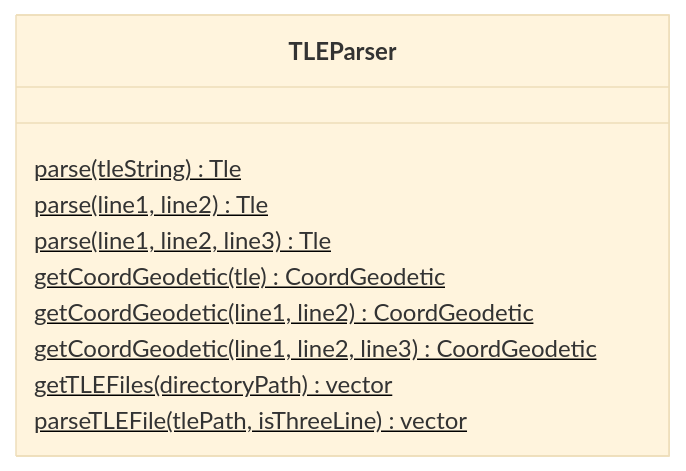
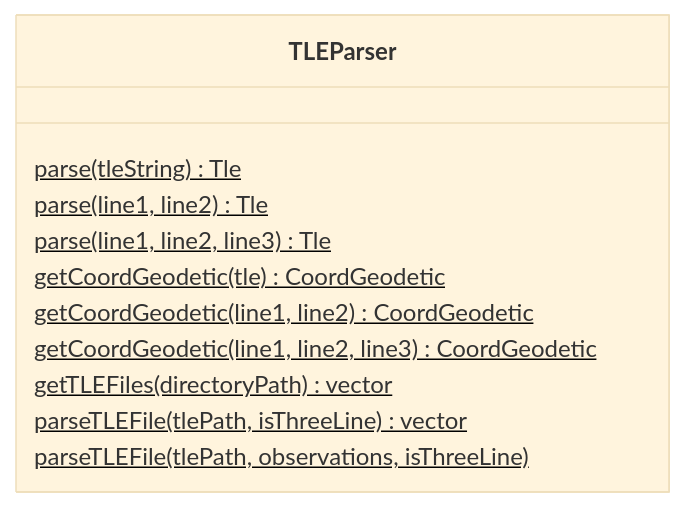
One commit to brosenthal140/satellite-coverage-tracker changed the third of 12 diagrams in README.md. Above: the diagram before and after it, drawn with Mermaid (base theme). The commit also changed other lines of this file and 3 other files, not shown here.

Commit message:
refactor: adds overload to parseTLEFile() feat: implements import() function docs: updates README.md

````diff
--- a/README.md
+++ b/README.md
@@ -82,13 +82,14 @@
 ```mermaid
 classDiagram
 class TLEParser {
     parse(tleString)$ Tle
     parse(line1, line2)$ Tle
     parse(line1, line2, line3)$ Tle
     getCoordGeodetic(tle)$ CoordGeodetic
     getCoordGeodetic(line1, line2)$ CoordGeodetic
     getCoordGeodetic(line1, line2, line3)$ CoordGeodetic
     getTLEFiles(directoryPath)$ vector<string>
     parseTLEFile(tlePath, isThreeLine)$ vector<Tle>
+    parseTLEFile(tlePath, observations, isThreeLine)$
 }
 ```
````
